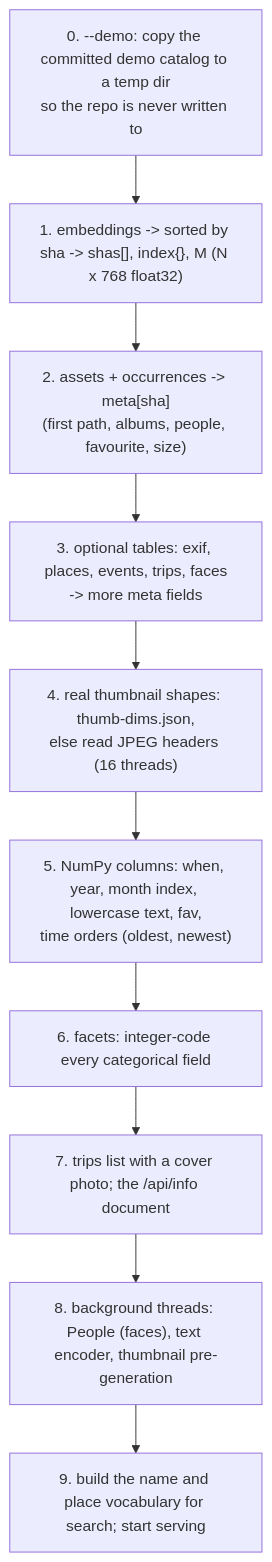
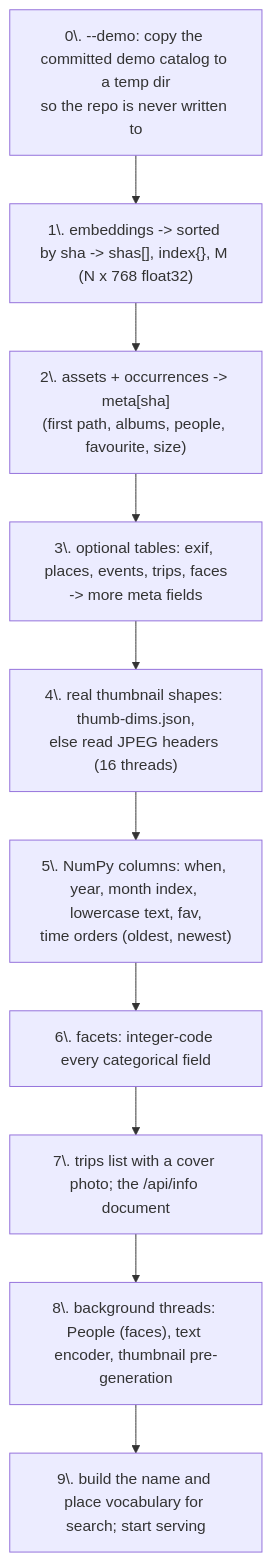
Before and after one commit to jflam/photo-estate: the second of 5 diagrams in docs/book/11-server.md, drawn with Mermaid. The commit also changed 4 other files, not shown here.

First line of the commit message:
Book site: numbered diagram labels read as lists, so they drew as errors

````diff
--- a/docs/book/11-server.md
+++ b/docs/book/11-server.md
@@ -50,13 +50,13 @@
 ```mermaid
 flowchart TD
-    S0["0. --demo: copy the committed demo catalog to a temp dir<br/>so the repo is never written to"] --> S1
-    S1["1. embeddings -> sorted by sha -> shas[], index{}, M (N x 768 float32)"] --> S2
-    S2["2. assets + occurrences -> meta[sha]<br/>(first path, albums, people, favourite, size)"] --> S3
-    S3["3. optional tables: exif, places, events, trips, faces<br/>-> more meta fields"] --> S4
-    S4["4. real thumbnail shapes: thumb-dims.json,<br/>else read JPEG headers (16 threads)"] --> S5
-    S5["5. NumPy columns: when, year, month index, lowercase text, fav,<br/>time orders (oldest, newest)"] --> S6
-    S6["6. facets: integer-code every categorical field"] --> S7
-    S7["7. trips list with a cover photo; the /api/info document"] --> S8
-    S8["8. background threads: People (faces), text encoder, thumbnail pre-generation"] --> S9
-    S9["9. build the name and place vocabulary for search; start serving"]
+    S0["0\. --demo: copy the committed demo catalog to a temp dir<br/>so the repo is never written to"] --> S1
+    S1["1\. embeddings -> sorted by sha -> shas[], index{}, M (N x 768 float32)"] --> S2
+    S2["2\. assets + occurrences -> meta[sha]<br/>(first path, albums, people, favourite, size)"] --> S3
+    S3["3\. optional tables: exif, places, events, trips, faces<br/>-> more meta fields"] --> S4
+    S4["4\. real thumbnail shapes: thumb-dims.json,<br/>else read JPEG headers (16 threads)"] --> S5
+    S5["5\. NumPy columns: when, year, month index, lowercase text, fav,<br/>time orders (oldest, newest)"] --> S6
+    S6["6\. facets: integer-code every categorical field"] --> S7
+    S7["7\. trips list with a cover photo; the /api/info document"] --> S8
+    S8["8\. background threads: People (faces), text encoder, thumbnail pre-generation"] --> S9
+    S9["9\. build the name and place vocabulary for search; start serving"]
 ```
````
